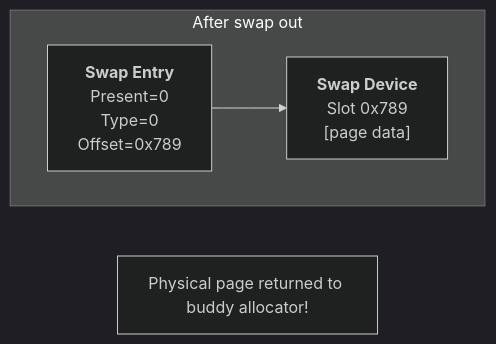
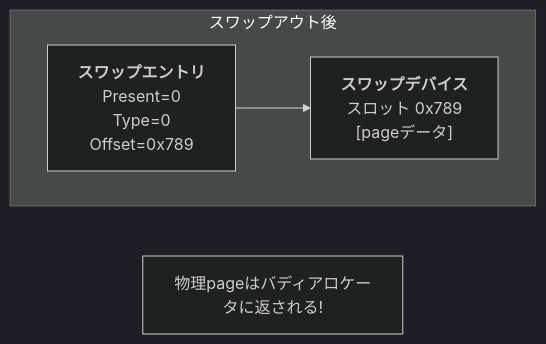
Before and after one commit to doguto/linux-kernel-internals-jp: the ninth of 16 diagrams in docs/mm/swapping.md, drawn with Mermaid (dark theme). The commit also changed other lines of this file and 27 other files, not shown here.

````diff
--- a/docs/mm/swapping.md
+++ b/docs/mm/swapping.md
@@ -297,10 +297,10 @@
 ```mermaid
 flowchart LR
-    subgraph After["After swap out"]
+    subgraph After["スワップアウト後"]
         direction LR
-        SE["<b>Swap Entry</b><br/>Present=0<br/>Type=0<br/>Offset=0x789"]
-        SD["<b>Swap Device</b><br/>Slot 0x789<br/>[page data]"]
+        SE["<b>スワップエントリ</b><br/>Present=0<br/>Type=0<br/>Offset=0x789"]
+        SD["<b>スワップデバイス</b><br/>スロット 0x789<br/>[pageデータ]"]
         SE --> SD
     end
-    Freed["Physical page returned to buddy allocator!"]
+    Freed["物理pageはバディアロケータに返される!"]
 ```
````
